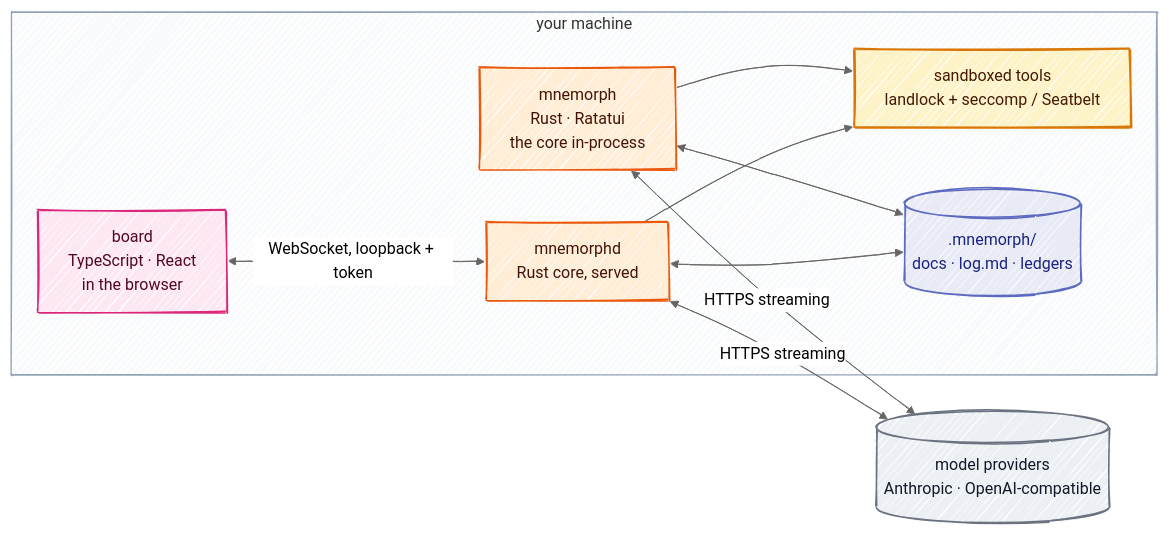
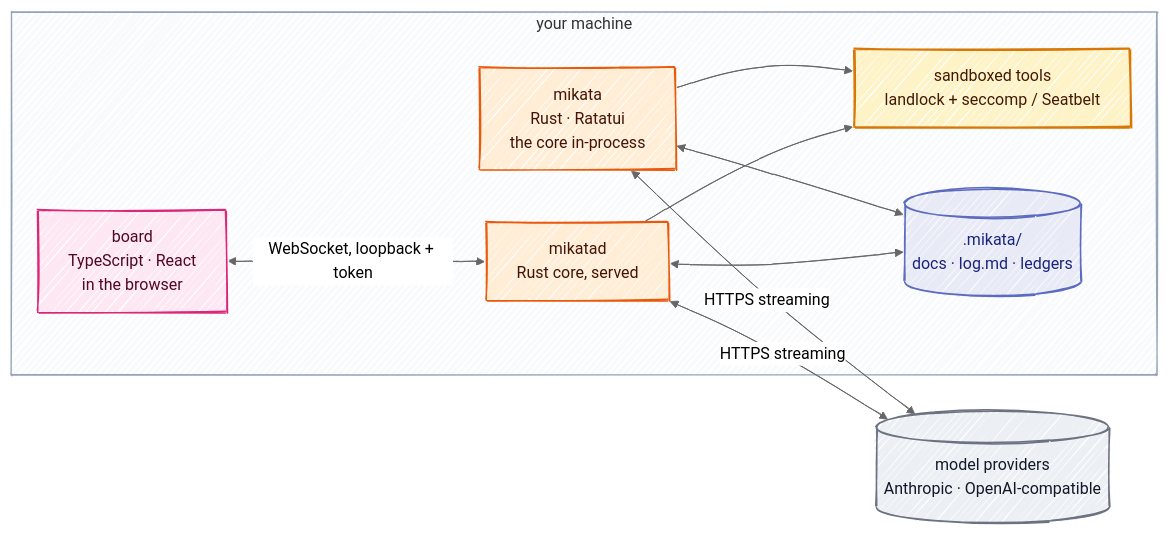
The second of 2 diagrams in docs/01-overview.md (Kaginari/mikata), drawn with Mermaid before and after one commit. The commit also changed other lines of this file and 1155 other files, not shown here.

First line of the commit message:
rename: Mnemorph is now Mikata

````diff
--- a/docs/01-overview.md
+++ b/docs/01-overview.md
@@ -177,37 +177,37 @@
 ```mermaid
 ---
 config:
   look: handDrawn
   theme: neutral
   flowchart:
     wrappingWidth: 360
 ---
 flowchart LR
     subgraph user["your machine"]
-      CLI["mnemorph<br/>Rust · Ratatui<br/>the core in-process"]
+      CLI["mikata<br/>Rust · Ratatui<br/>the core in-process"]
       BOARD["board<br/>TypeScript · React<br/>in the browser"]
-      CORE["mnemorphd<br/>Rust core, served"]
+      CORE["mikatad<br/>Rust core, served"]
       SB["sandboxed tools<br/>landlock + seccomp / Seatbelt"]
-      W[(".mnemorph/<br/>docs · log.md · ledgers")]
+      W[(".mikata/<br/>docs · log.md · ledgers")]
     end
     LLM[("model providers<br/>Anthropic · OpenAI-compatible")]
 
     BOARD <-->|WebSocket, loopback + token| CORE
     CLI --> SB
     CLI <--> W
     CLI <-->|HTTPS streaming| LLM
     CORE --> SB
     CORE <--> W
     CORE <-->|HTTPS streaming| LLM
     classDef ts fill:#fde7f3,stroke:#db2777,stroke-width:1.5px,color:#500724
     class BOARD ts
     classDef rs fill:#ffedd5,stroke:#ea580c,stroke-width:1.5px,color:#431407
     class CLI,CORE rs
     classDef gate fill:#fef3c7,stroke:#d97706,stroke-width:2px,color:#451a03
     class SB gate
     classDef store fill:#e8eaf6,stroke:#5c6bc0,stroke-width:1.5px,color:#1a237e
     class W store
     classDef outside fill:#eceff3,stroke:#6b7280,stroke-width:1.5px,color:#111827
     class LLM outside
     style user fill:#f8fafc,stroke:#94a3b8
 ```
````
